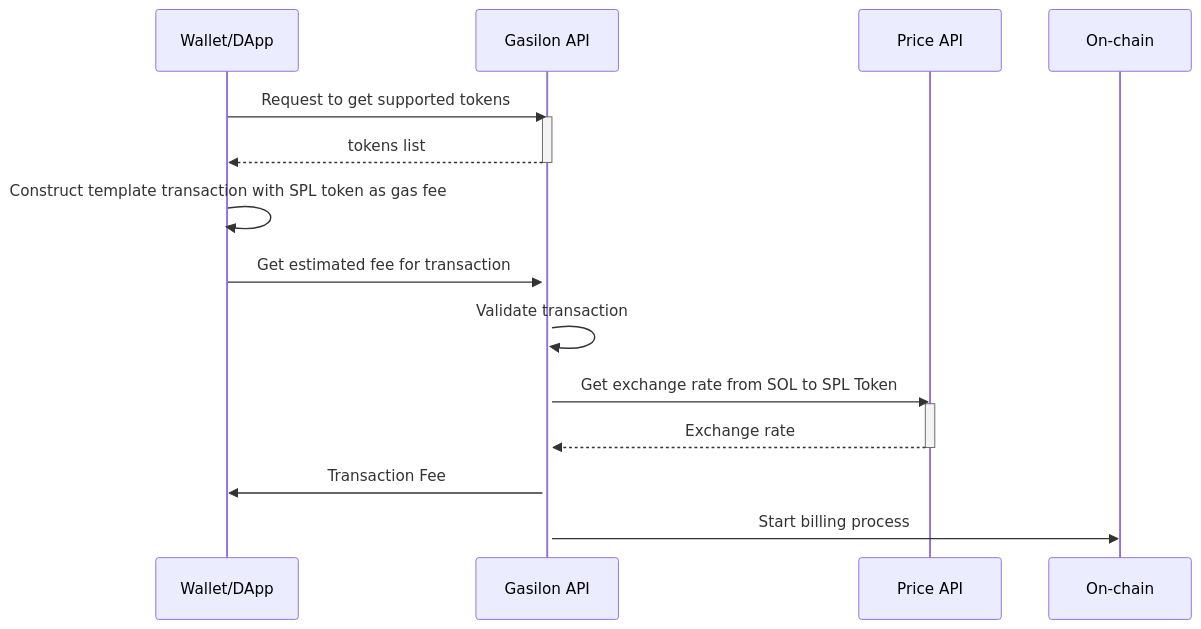
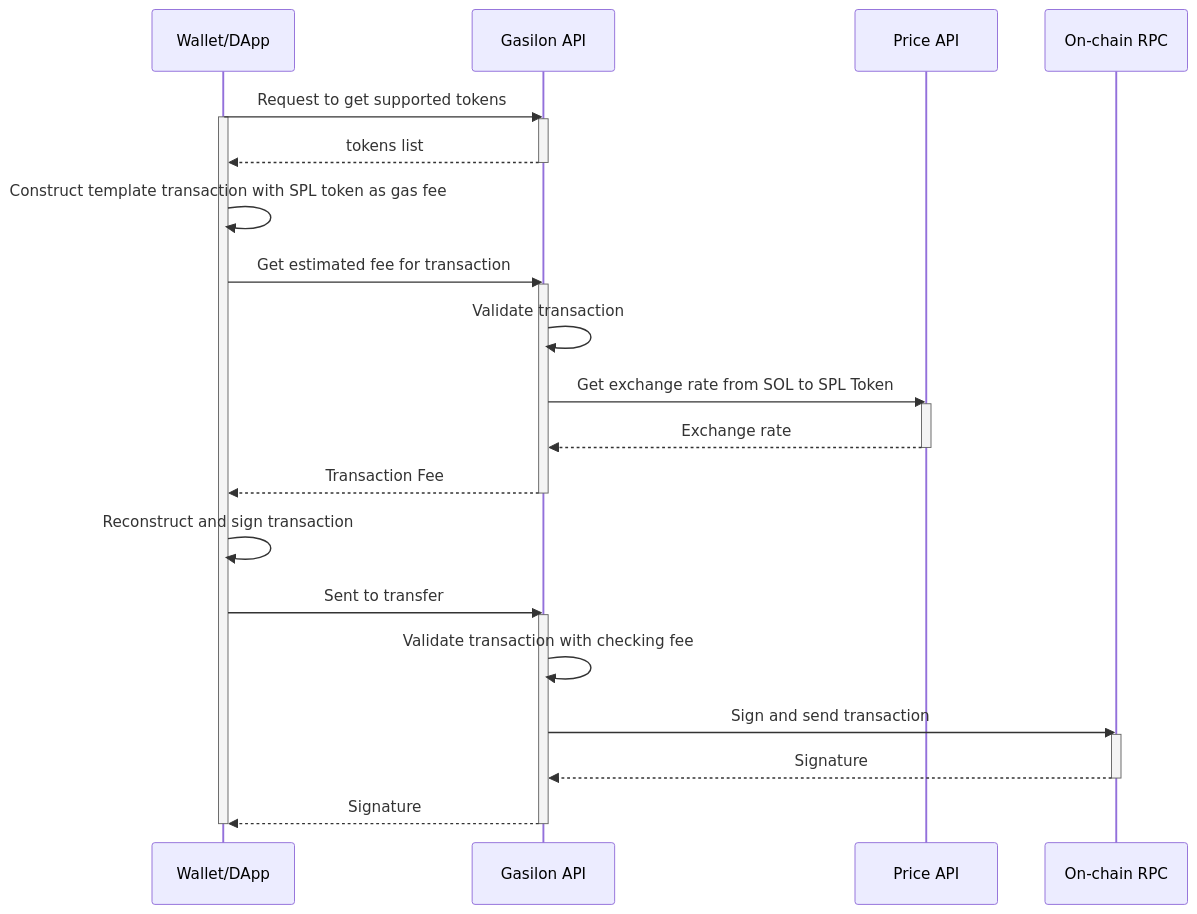
One commit to cocrafts/gasilon changed the diagram in README.md. Above: the diagram before and after it, drawn with Mermaid.

````diff
--- a/README.md
+++ b/README.md
@@ -17,17 +17,29 @@
 ```mermaid
 sequenceDiagram
     Wallet/DApp->>Gasilon API: Request to get supported tokens
+    activate Wallet/DApp
     activate Gasilon API
     Gasilon API-->>Wallet/DApp: tokens list
     deactivate Gasilon API
     Wallet/DApp->>Wallet/DApp: Construct template transaction with SPL token as gas fee
+    Wallet/DApp->>Gasilon API: Get estimated fee for transaction
     activate Gasilon API
-    Wallet/DApp->>Gasilon API: Get estimated fee for transaction
     Gasilon API->>Gasilon API: Validate transaction
     Gasilon API->>Price API: Get exchange rate from SOL to SPL Token
     activate Price API
     Price API-->>Gasilon API: Exchange rate
     deactivate Price API
-    Gasilon API->>Wallet/DApp: Transaction Fee
-    Gasilon API->>On-chain: Start billing process
+    Gasilon API-->>Wallet/DApp: Transaction Fee
+    deactivate Gasilon API
+    Wallet/DApp->>Wallet/DApp: Reconstruct and sign transaction
+    Wallet/DApp->>Gasilon API: Sent to transfer
+    activate Gasilon API
+    Gasilon API->>Gasilon API: Validate transaction with checking fee
+    Gasilon API->>On-chain RPC: Sign and send transaction
+    activate On-chain RPC
+    On-chain RPC-->>Gasilon API: Signature
+    deactivate On-chain RPC
+    Gasilon API-->>Wallet/DApp: Signature
+    deactivate Gasilon API
+    deactivate Wallet/DApp
 ```
````
